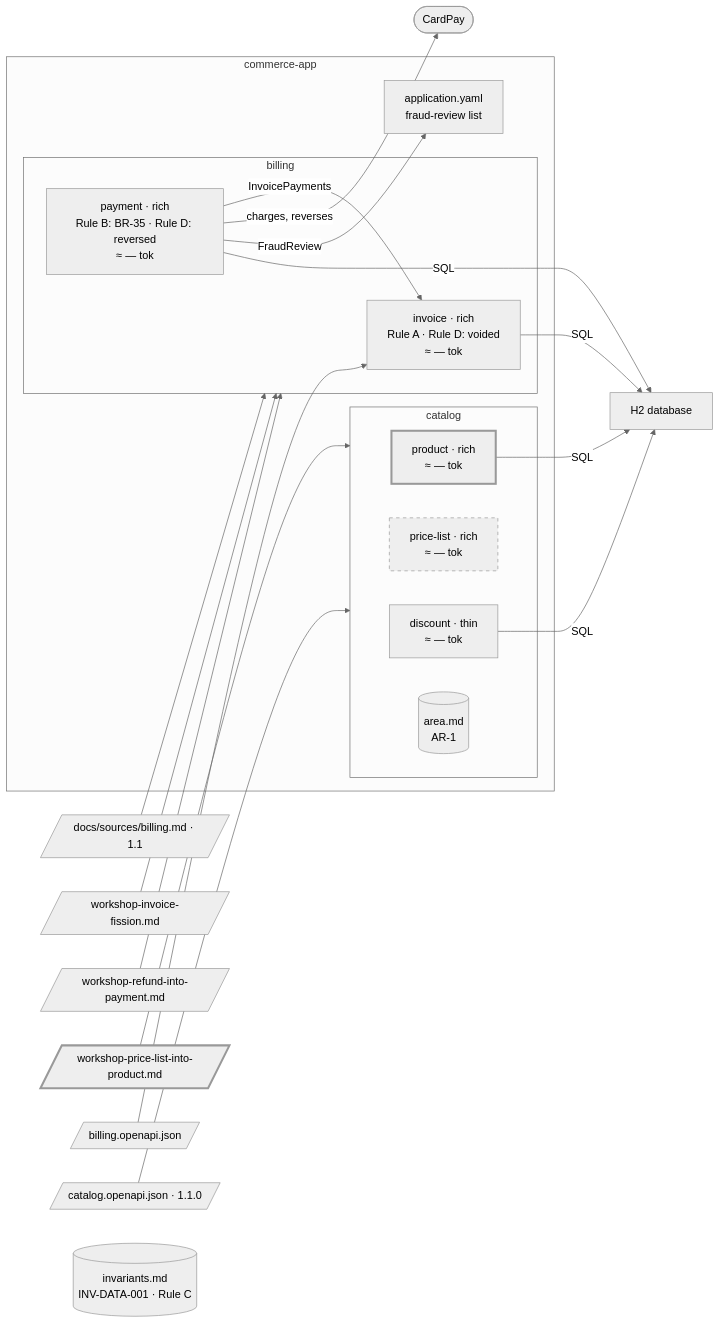
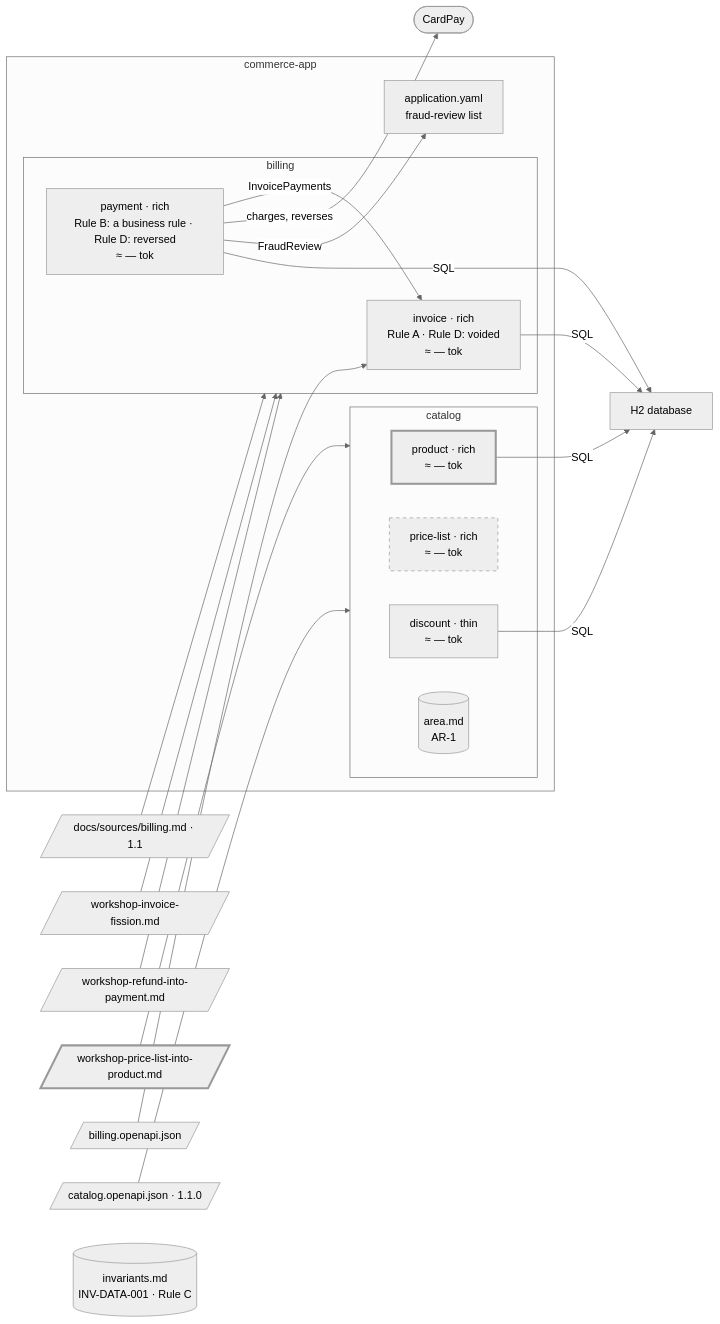
One commit to elie29/partition changed the diagram in docs/guides/a-project-step-by-step/14-merge-without-area-file.md. Above: the diagram before and after it, drawn with Mermaid (neutral theme). The commit also changed other lines of this file and 24 other files, not shown here.

````diff
--- a/docs/guides/a-project-step-by-step/14-merge-without-area-file.md
+++ b/docs/guides/a-project-step-by-step/14-merge-without-area-file.md
@@ -53,40 +65,40 @@
 ```mermaid
 flowchart LR
   classDef new stroke-width:3px
   classDef gone stroke-dasharray:5 5
   src_billing[/"docs/sources/billing.md · 1.1"/]
   src_workshop[/"workshop-invoice-fission.md"/]
   src_workshop_refund[/"workshop-refund-into-payment.md"/]
   src_workshop_catalog[/"workshop-price-list-into-product.md"/]:::new
   contract_billing[/"billing.openapi.json"/]
   contract_catalog[/"catalog.openapi.json · 1.1.0"/]
   register[("invariants.md<br/>INV-DATA-001 · Rule C")]
   subgraph app_commerce["commerce-app"]
     subgraph area_billing["billing"]
       invoice["invoice · rich<br/>Rule A · Rule D: voided<br/>≈ — tok"]
-      payment["payment · rich<br/>Rule B: BR-35 · Rule D: reversed<br/>≈ — tok"]
+      payment["payment · rich<br/>Rule B: a business rule · Rule D: reversed<br/>≈ — tok"]
     end
     subgraph area_catalog["catalog"]
       product["product · rich<br/>≈ — tok"]:::new
       price_list["price-list · rich<br/>≈ — tok"]:::gone
       discount["discount · thin<br/>≈ — tok"]
       file_catalog[("area.md<br/>AR-1")]
     end
     yaml["application.yaml<br/>fraud-review list"]
   end
   db["H2 database"]
   cardpay(["CardPay"])
   src_billing --> area_billing
   src_workshop --> area_billing
   src_workshop_refund --> area_billing
   src_workshop_catalog --> area_catalog
   contract_billing --> invoice
   contract_catalog --> area_catalog
   payment -- "InvoicePayments" --> invoice
   payment -- "charges, reverses" --> cardpay
   payment -- "FraudReview" --> yaml
   invoice -- "SQL" --> db
   payment -- "SQL" --> db
   product -- "SQL" --> db
   discount -- "SQL" --> db
 ```
````
